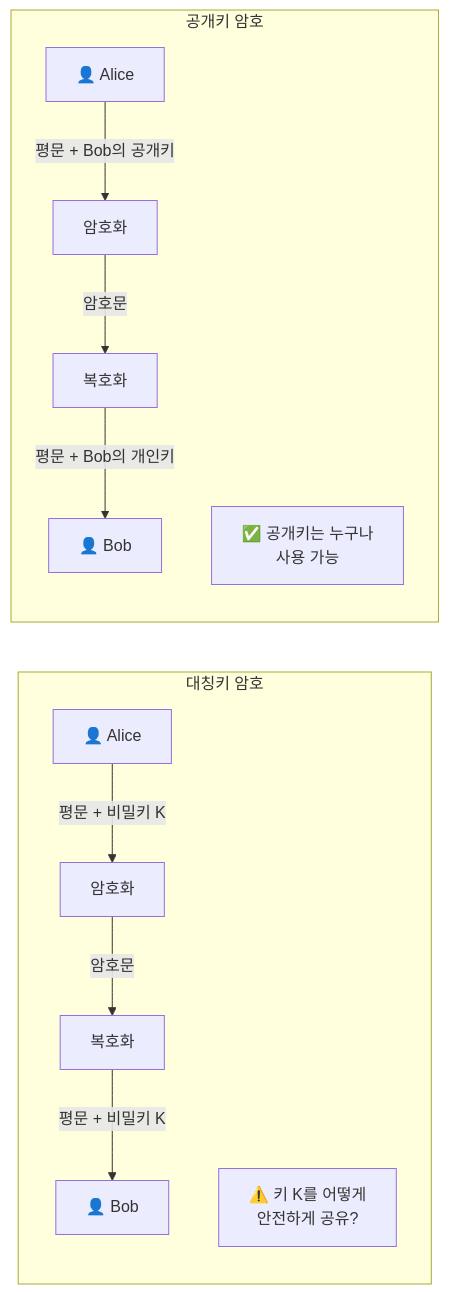
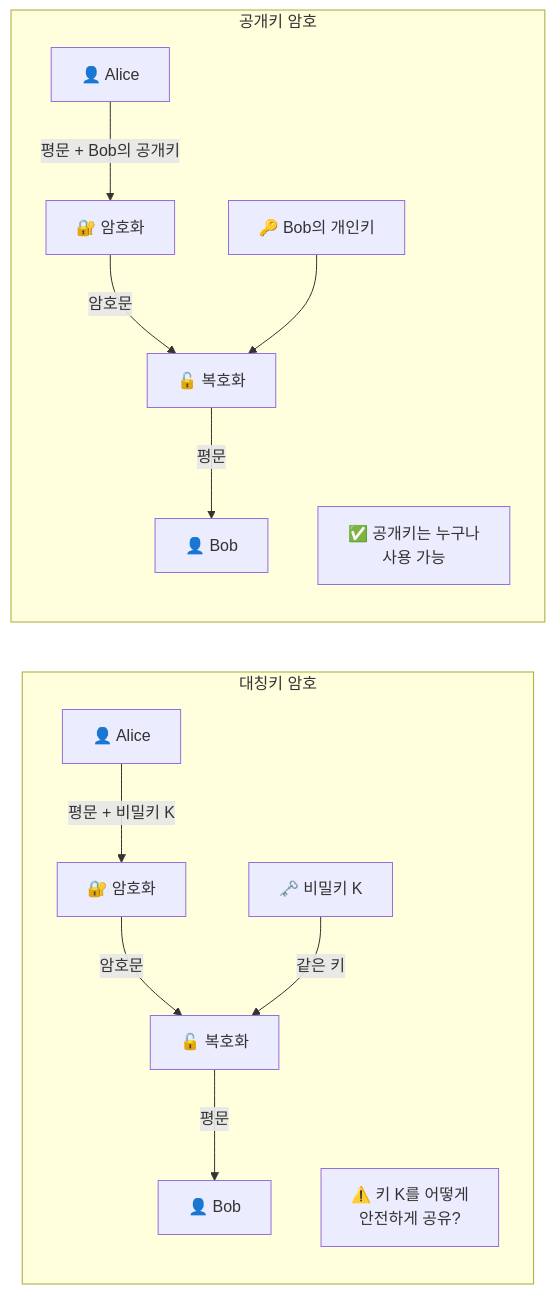
Before and after one commit to gukin-han/knou-lecture-pipeline: the eighth of 12 diagrams in examples/컴퓨터보안/KNOU255800120261002e.md, drawn with Mermaid. The commit also changed other lines of this file, not shown here.

Commit message:
fix: 컴퓨터보안 2강 강화본 도표 오류 수정
- 공개키/대칭키 암호 다이어그램에서 복호화 입출력 흐름 수정
  (개인키는 복호화의 입력으로, 출력은 평문만)
- P-Box 용어 수정 (치환 → 순열)

````diff
--- a/examples/컴퓨터보안/KNOU255800120261002e.md
+++ b/examples/컴퓨터보안/KNOU255800120261002e.md
@@ -288,18 +288,20 @@
 ```mermaid
 flowchart LR
     subgraph SYM["대칭키 암호"]
         direction TB
-        A1["👤 Alice"] -->|"평문 + 비밀키 K"| E1["암호화"]
-        E1 -->|"암호문"| D1["복호화"]
-        D1 -->|"평문 + 비밀키 K"| B1["👤 Bob"]
+        A1["👤 Alice"] -->|"평문 + 비밀키 K"| E1["🔐 암호화"]
+        E1 -->|"암호문"| D1["🔓 복호화"]
+        K1["🗝️ 비밀키 K"] -->|"같은 키"| D1
+        D1 -->|"평문"| B1["👤 Bob"]
         note1["⚠️ 키 K를 어떻게<br>안전하게 공유?"]
     end
 
     subgraph ASYM["공개키 암호"]
         direction TB
-        A2["👤 Alice"] -->|"평문 + Bob의 공개키"| E2["암호화"]
-        E2 -->|"암호문"| D2["복호화"]
-        D2 -->|"평문 + Bob의 개인키"| B2["👤 Bob"]
+        A2["👤 Alice"] -->|"평문 + Bob의 공개키"| E2["🔐 암호화"]
+        E2 -->|"암호문"| D2["🔓 복호화"]
+        K2["🔑 Bob의 개인키"] --> D2
+        D2 -->|"평문"| B2["👤 Bob"]
         note2["✅ 공개키는 누구나<br>사용 가능"]
     end
 ```
````
